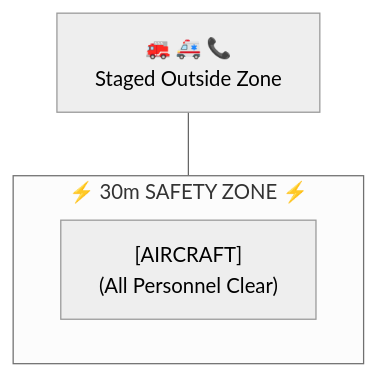
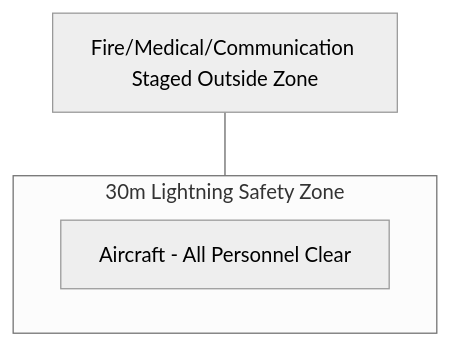
Diagram 25 of 27 in Q-AIR/fleet/AMPEL360/BWBQ100/docs/ATA-chapters/ATA-00-General/ 00-40-00-00-Servicing/00-40-10-00-ServicePoints/00-40-10-03-TransitService.md (Robbbo-T/GAIA-QAO-ADVENT), drawn with Mermaid (neutral theme) before and after one commit. The commit also changed other lines of this file, not shown here.

````diff
--- a/Q-AIR/fleet/AMPEL360/BWBQ100/docs/ATA-chapters/ATA-00-General/ 00-40-00-00-Servicing/00-40-10-00-ServicePoints/00-40-10-03-TransitService.md
+++ b/Q-AIR/fleet/AMPEL360/BWBQ100/docs/ATA-chapters/ATA-00-General/ 00-40-00-00-Servicing/00-40-10-00-ServicePoints/00-40-10-03-TransitService.md
@@ -2160,10 +2121,10 @@
 ```mermaid
 flowchart TB
-    subgraph SAFETY["⚡ 30m SAFETY ZONE ⚡"]
-        AC["[AIRCRAFT]\n(All Personnel Clear)"]
+    subgraph SAFETY["30m Lightning Safety Zone"]
+        AC[Aircraft - All Personnel Clear]
     end
 
-    EVS["🚒 🚑 📞\nStaged Outside Zone"]
+    EVS[Fire/Medical/Communication Staged Outside Zone]
 
     EVS --- SAFETY
 ```
````
